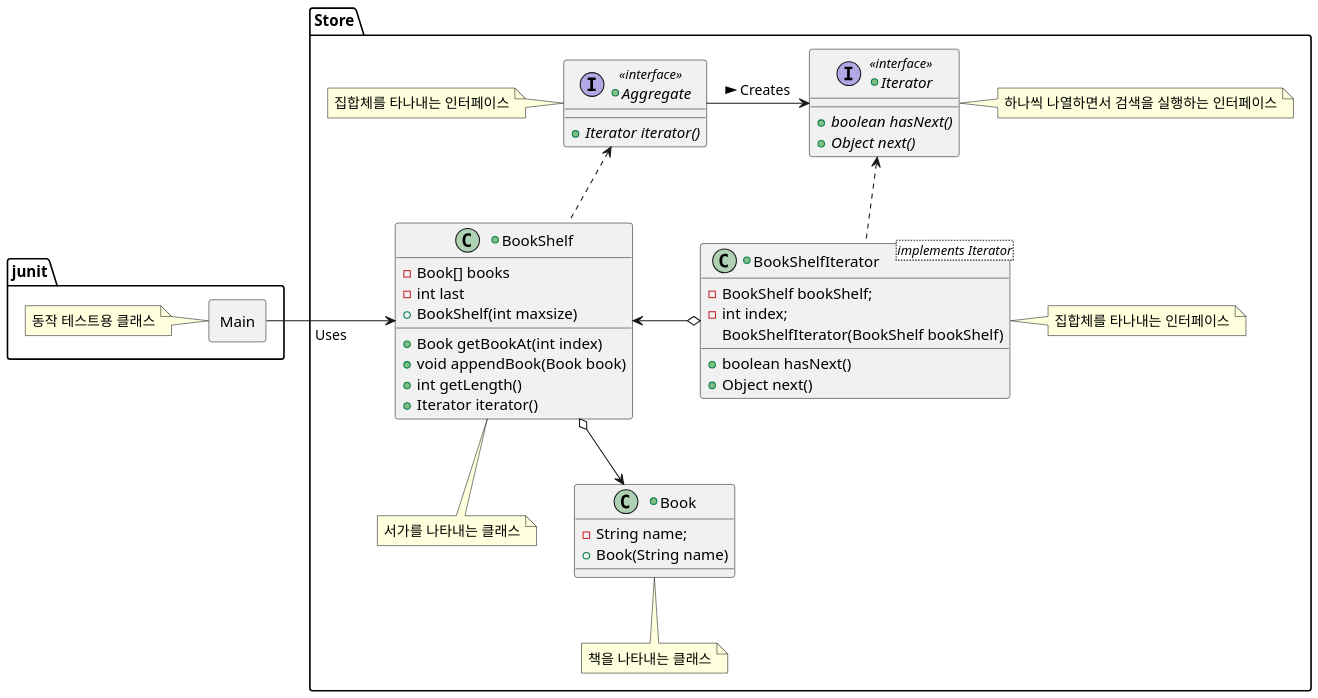
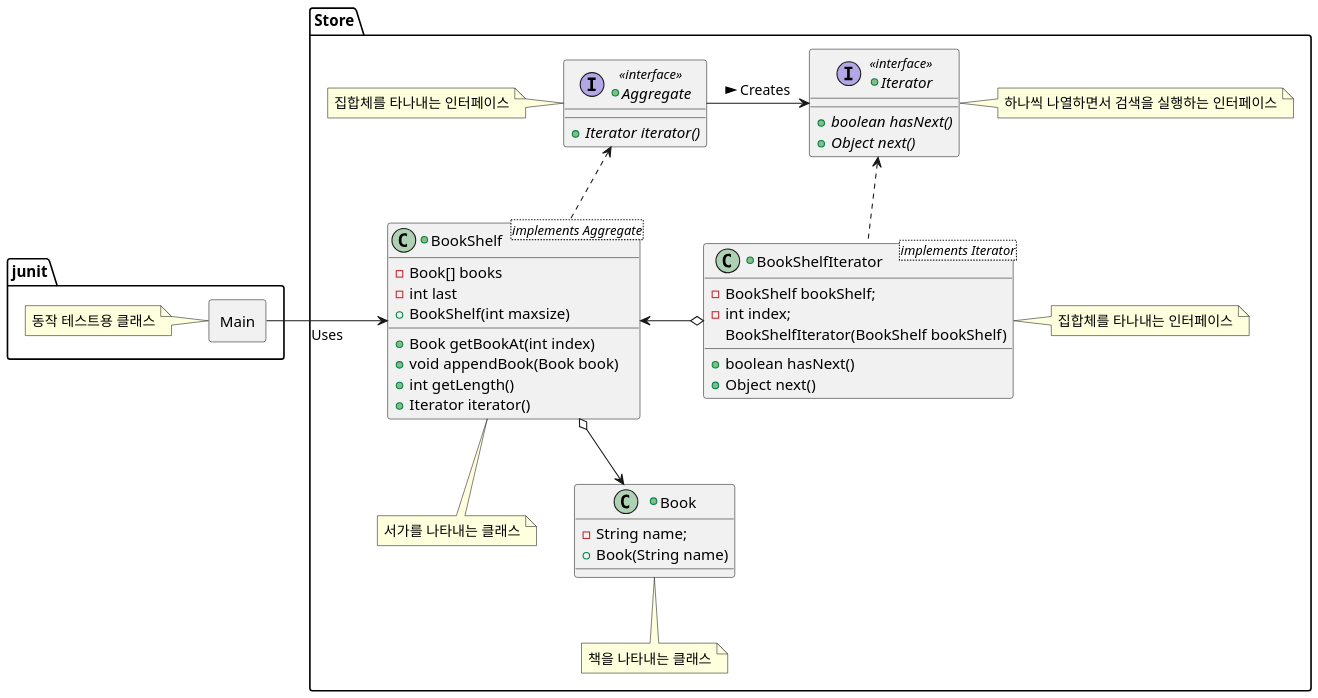
Before and after one commit to lavinoys/design_pattern_of_java: the diagram in plantUml/Iterator_Pattern/IteratorPattern.puml, drawn with PlantUML. The commit also changed 4 other files, not shown here.

```diff
--- a/plantUml/Iterator_Pattern/IteratorPattern.puml
+++ b/plantUml/Iterator_Pattern/IteratorPattern.puml
@@ -1,67 +1,67 @@
 @startuml
 scale 1.5
 allowmixing
 
 package junit {
     rectangle Main
     note left of Main
     동작 테스트용 클래스
     end note
 }
 
 package Store {
     +interface Aggregate <<interface>> {
         +{abstract} Iterator iterator()
     }
     note left of Aggregate
         집합체를 타나내는 인터페이스
     end note
 
     +interface Iterator <<interface>> {
         +{abstract} boolean hasNext()
         +{abstract} Object next()
     }
     note right of Iterator
         하나씩 나열하면서 검색을 실행하는 인터페이스
     end note
 
-    +class BookShelf {
+    +class BookShelf <implements Aggregate>{
         -Book[] books
         -int last
         {field}+BookShelf(int maxsize)
         +Book getBookAt(int index)
         +void appendBook(Book book)
         +int getLength()
         +Iterator iterator()
     }
     note bottom of BookShelf
         서가를 나타내는 클래스
     end note
 
     +class BookShelfIterator <implements Iterator> {
         -BookShelf bookShelf;
         -int index;
         {field}BookShelfIterator(BookShelf bookShelf)
         +boolean hasNext()
         +Object next()
     }
     note right of BookShelfIterator
         집합체를 타나내는 인터페이스
     end note
 
     +class Book {
         -String name;
         {field}+Book(String name)
     }
     note bottom of Book
         책을 나타내는 클래스
     end note
 }
 
 Main -right-> BookShelf : Uses
 Aggregate -right-> Iterator : Creates >
 BookShelf .up.> Aggregate
 BookShelfIterator .up.> Iterator
 BookShelfIterator o-left-> BookShelf
 BookShelf o-down-> Book
 @enduml
```
